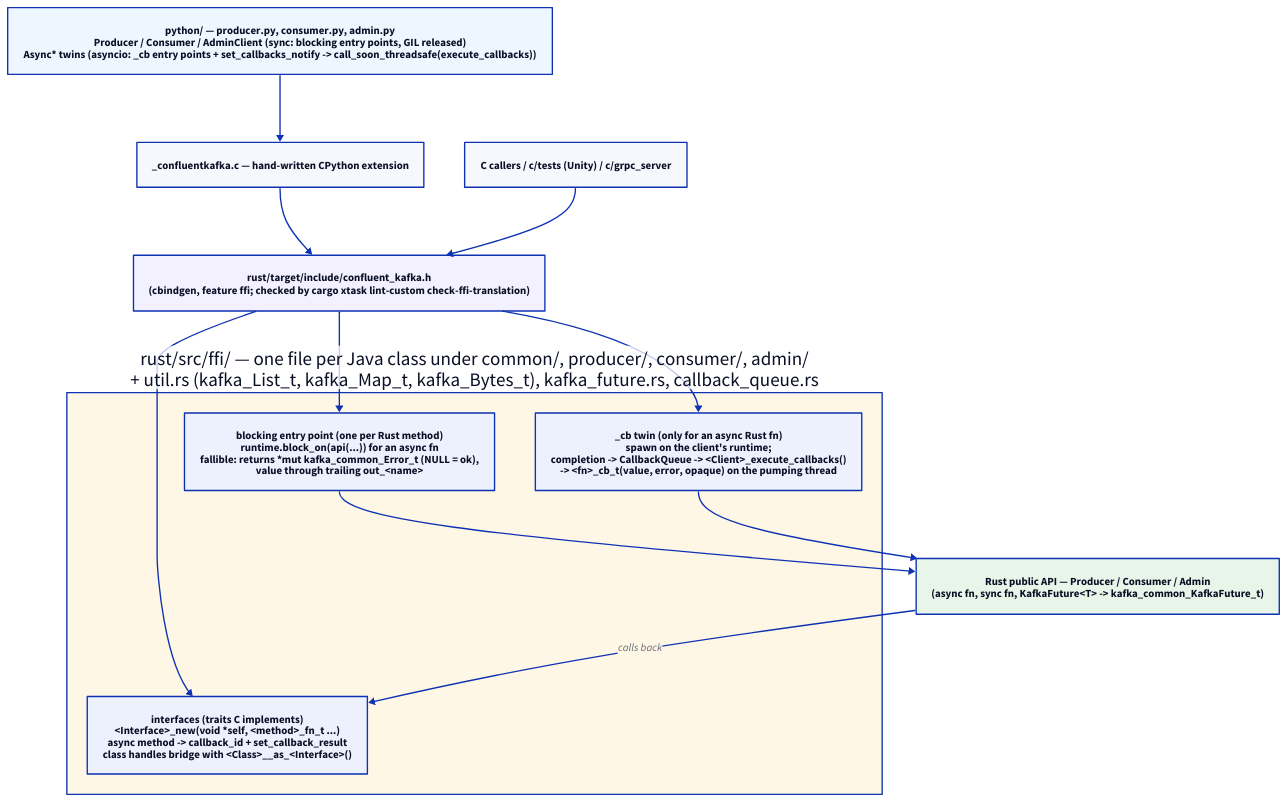
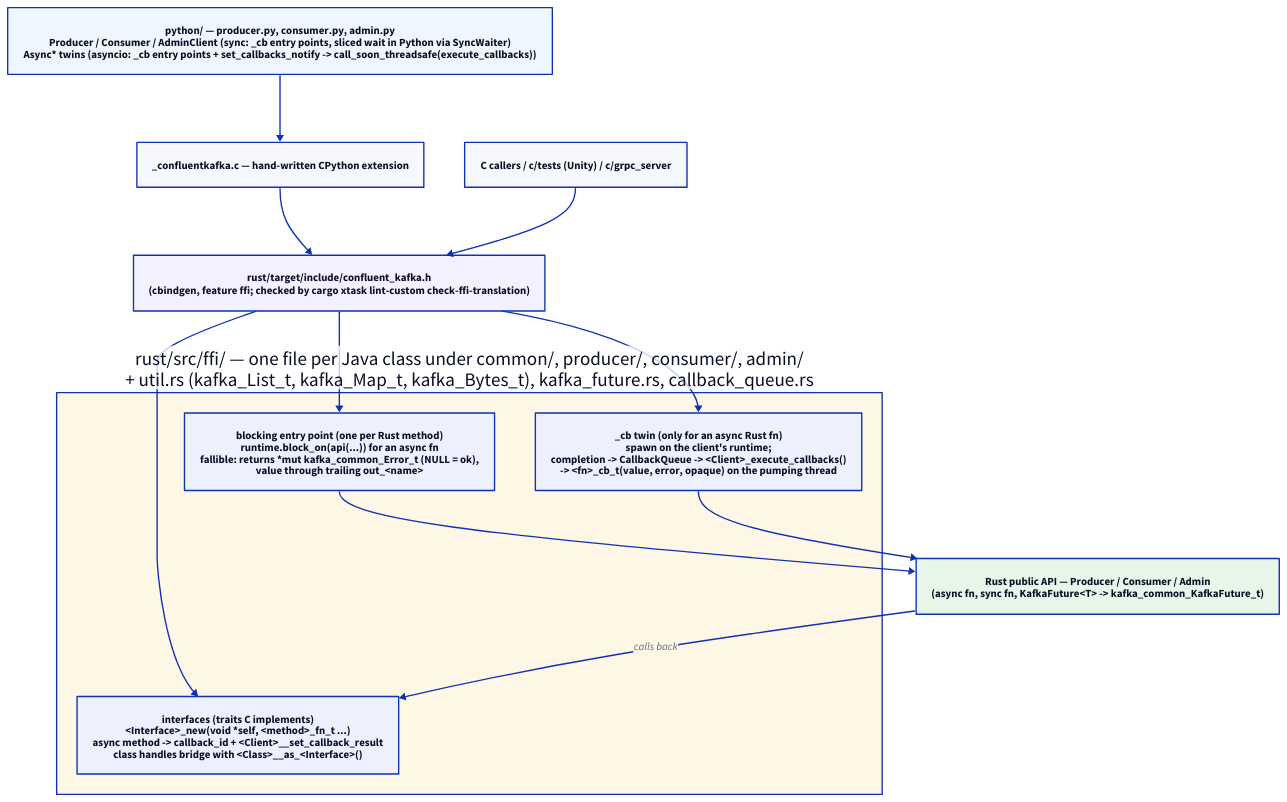
The diagram in design/current/img/bindings-layering.d2 (confluentinc/kafka-clients), drawn with D2 before and after one commit. The commit also changed 56 other files, not shown here.

First line of the commit message:
ffi: C enumerators are <prefix>_<VALUE> in constant case; Client__set_callback_result

```diff
--- a/design/current/img/bindings-layering.d2
+++ b/design/current/img/bindings-layering.d2
@@ -1,44 +1,44 @@
 # How the C and Python bindings sit on the async Rust API.
 #
 # Source of truth for design/current/img/bindings-layering.svg.
 # Render with: make -C design/current d2
 #
 # The point of this diagram: the C API mirrors the Rust (and so the Java)
 # surface one-to-one under CLAUDE.md §4 -- a blocking entry point per Rust
 # `async fn` plus a `_cb` twin whose completion is queued on the client's
 # callbacks vector and run by `_execute_callbacks` on a caller thread; a
 # sync Rust `fn` crosses once. No Rust thread ever runs a user callback.
 # Both bindings are thin layers over that surface.
 
 direction: down
 
-py: "python/ — producer.py, consumer.py, admin.py\nProducer / Consumer / AdminClient (sync: blocking entry points, GIL released)\nAsync* twins (asyncio: _cb entry points + set_callbacks_notify -> call_soon_threadsafe(execute_callbacks))" {
+py: "python/ — producer.py, consumer.py, admin.py\nProducer / Consumer / AdminClient (sync: _cb entry points, sliced wait in Python via SyncWaiter)\nAsync* twins (asyncio: _cb entry points + set_callbacks_notify -> call_soon_threadsafe(execute_callbacks))" {
   style.fill: "#eef6ff"
 }
 pyext: "_confluentkafka.c — hand-written CPython extension"
 c: "C callers / c/tests (Unity) / c/grpc_server"
 
 header: "rust/target/include/confluent_kafka.h\n(cbindgen, feature ffi; checked by cargo xtask lint-custom check-ffi-translation)" {
   style.fill: "#f3f0ff"
 }
 
 ffi: "rust/src/ffi/ — one file per Java class under common/, producer/, consumer/, admin/\n+ util.rs (kafka_List_t, kafka_Map_t, kafka_Bytes_t), kafka_future.rs, callback_queue.rs" {
   style.fill: "#fff7e6"
 
   sync: "blocking entry point (one per Rust method)\nruntime.block_on(api(...)) for an async fn\nfallible: returns *mut kafka_common_Error_t (NULL = ok),\nvalue through trailing out_<name>"
   cb: "_cb twin (only for an async Rust fn)\nspawn on the client's runtime;\ncompletion -> CallbackQueue -> <Client>_execute_callbacks()\n-> <fn>_cb_t(value, error, opaque) on the pumping thread"
-  iface: "interfaces (traits C implements)\n<Interface>_new(void *self, <method>_fn_t ...)\nasync method -> callback_id + set_callback_result\nclass handles bridge with <Class>__as_<Interface>()"
+  iface: "interfaces (traits C implements)\n<Interface>_new(void *self, <method>_fn_t ...)\nasync method -> callback_id + <Client>__set_callback_result\nclass handles bridge with <Class>__as_<Interface>()"
 }
 
 core: "Rust public API — Producer / Consumer / Admin\n(async fn, sync fn, KafkaFuture<T> -> kafka_common_KafkaFuture_t)" {
   style.fill: "#e8f5e9"
 }
 
 py -> pyext -> header
 c -> header
 header -> ffi.sync
 header -> ffi.cb
 header -> ffi.iface
 ffi.sync -> core
 ffi.cb -> core
 core -> ffi.iface: "calls back"
```
